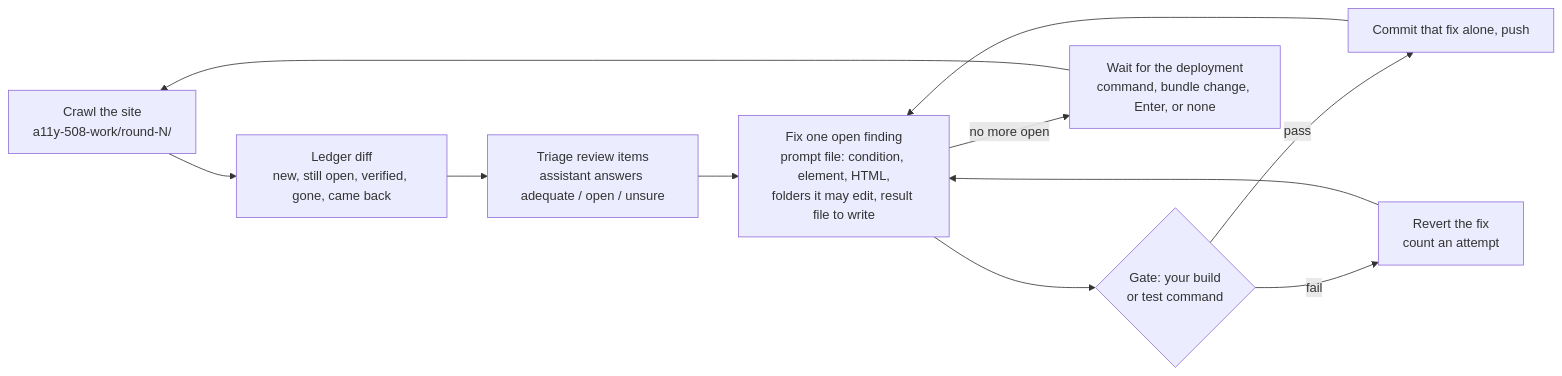
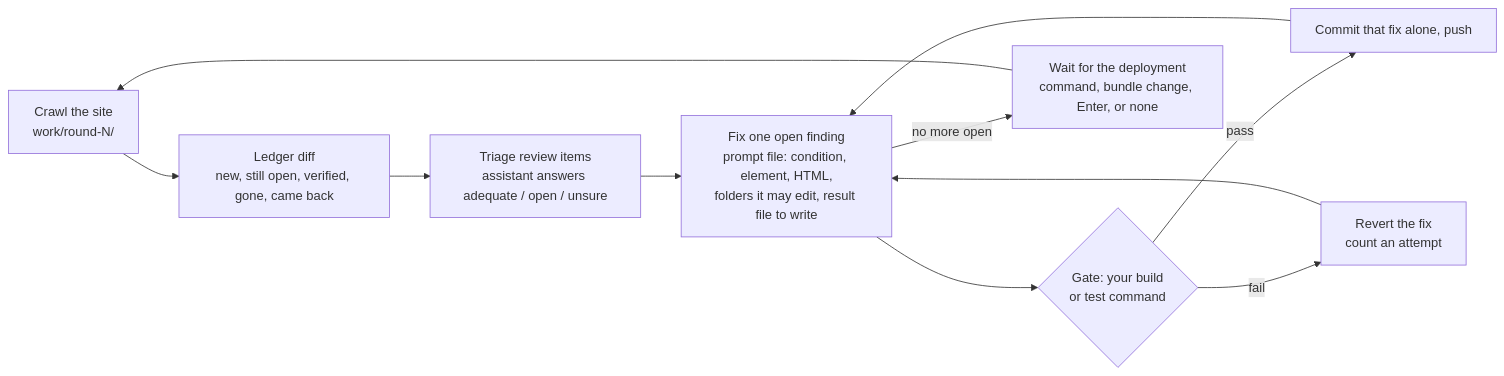
Before and after one commit to AiFirstDevelopment/a11y-508: the second of 3 diagrams in README.md, drawn with Mermaid. The commit also changed other lines of this file and 42 other files, not shown here.

````diff
--- a/README.md
+++ b/README.md
@@ -311,13 +319,13 @@
 ```mermaid
 flowchart LR
-  A[Crawl the site<br/>a11y-508-work/round-N/] --> B[Ledger diff<br/>new, still open, verified, gone, came back]
+  A[Crawl the site<br/>work/round-N/] --> B[Ledger diff<br/>new, still open, verified, gone, came back]
   B --> C[Triage review items<br/>assistant answers adequate / open / unsure]
   C --> D[Fix one open finding<br/>prompt file: condition, element, HTML,<br/>folders it may edit, result file to write]
   D --> G{Gate: your build<br/>or test command}
   G -- pass --> H[Commit that fix alone, push]
   G -- fail --> V[Revert the fix<br/>count an attempt]
   H --> D
   V --> D
   D -- no more open --> W[Wait for the deployment<br/>command, bundle change, Enter, or none]
   W --> A
 ```
````
